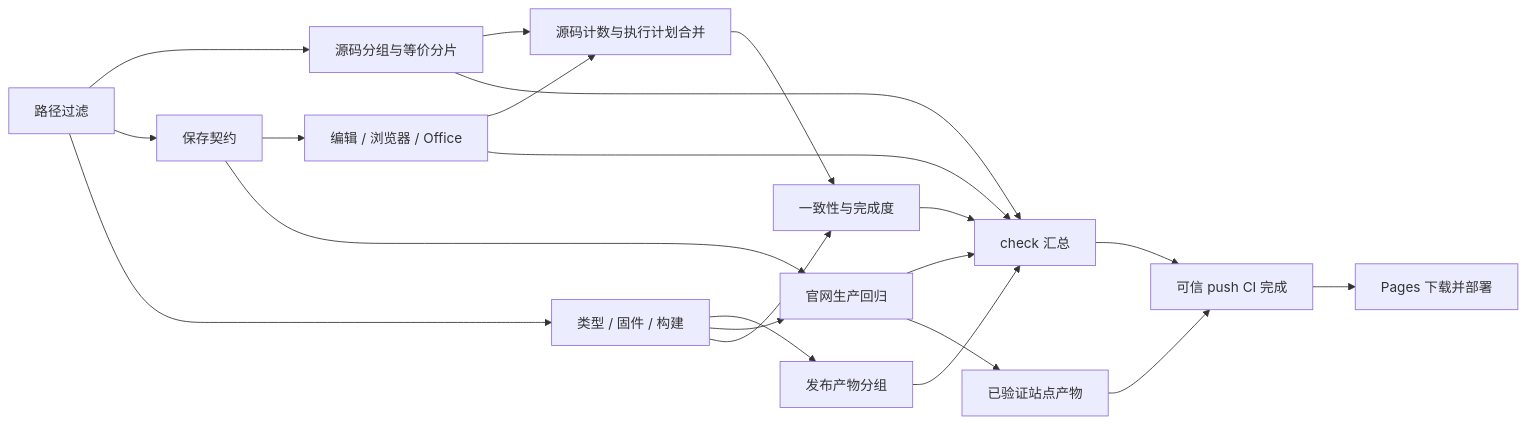
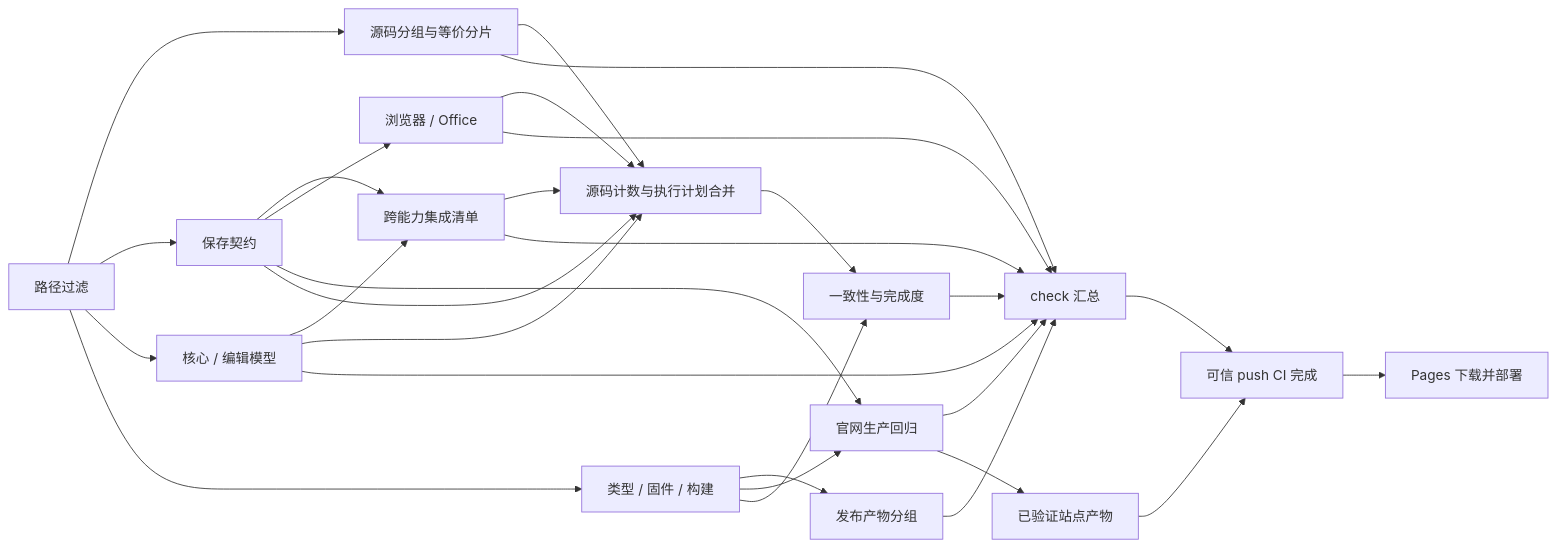
The diagram in docs/design/ci-performance.md (unStone/web-ppt), drawn with Mermaid before and after one commit. The commit also changed 7 other files, not shown here.

````diff
--- a/docs/design/ci-performance.md
+++ b/docs/design/ci-performance.md
@@ -16,23 +16,31 @@
 ```mermaid
 flowchart LR
   P[路径过滤] --> S[源码分组与等价分片]
   P --> F[保存契约]
-  F --> E[编辑 / 浏览器 / Office]
+  P --> E[核心 / 编辑模型]
+  F --> I[跨能力集成清单]
+  E --> I
+  F --> R[浏览器 / Office]
   F --> T[官网生产回归]
   P --> B[类型 / 固件 / 构建]
   B --> D[发布产物分组]
   B --> T
   S --> M[源码计数与执行计划合并]
+  F --> M
   E --> M
+  I --> M
+  R --> M
   M --> V[一致性与完成度]
   B --> V
   S --> C[check 汇总]
   E --> C
+  I --> C
+  R --> C
   T --> C
   D --> C
   V --> C
   T --> A[已验证站点产物]
   C --> W[可信 push CI 完成]
   A --> W
   W --> G[Pages 下载并部署]
 ```
````
